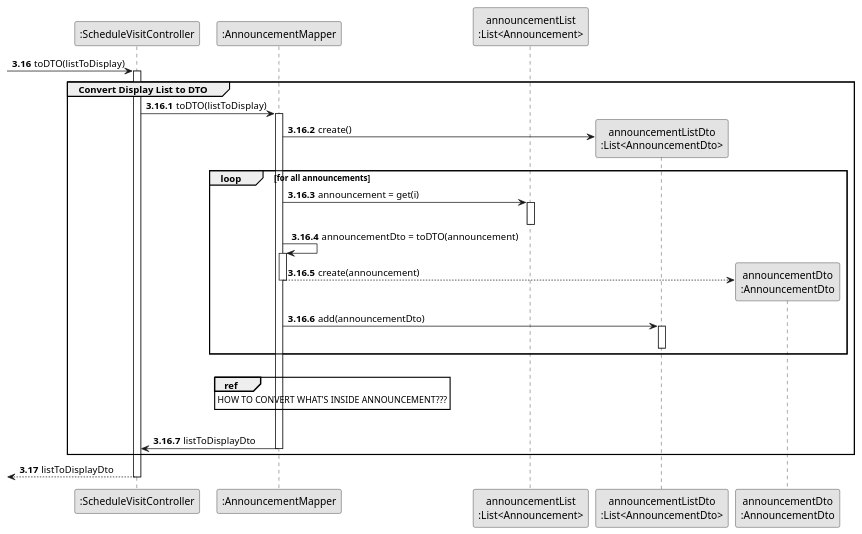
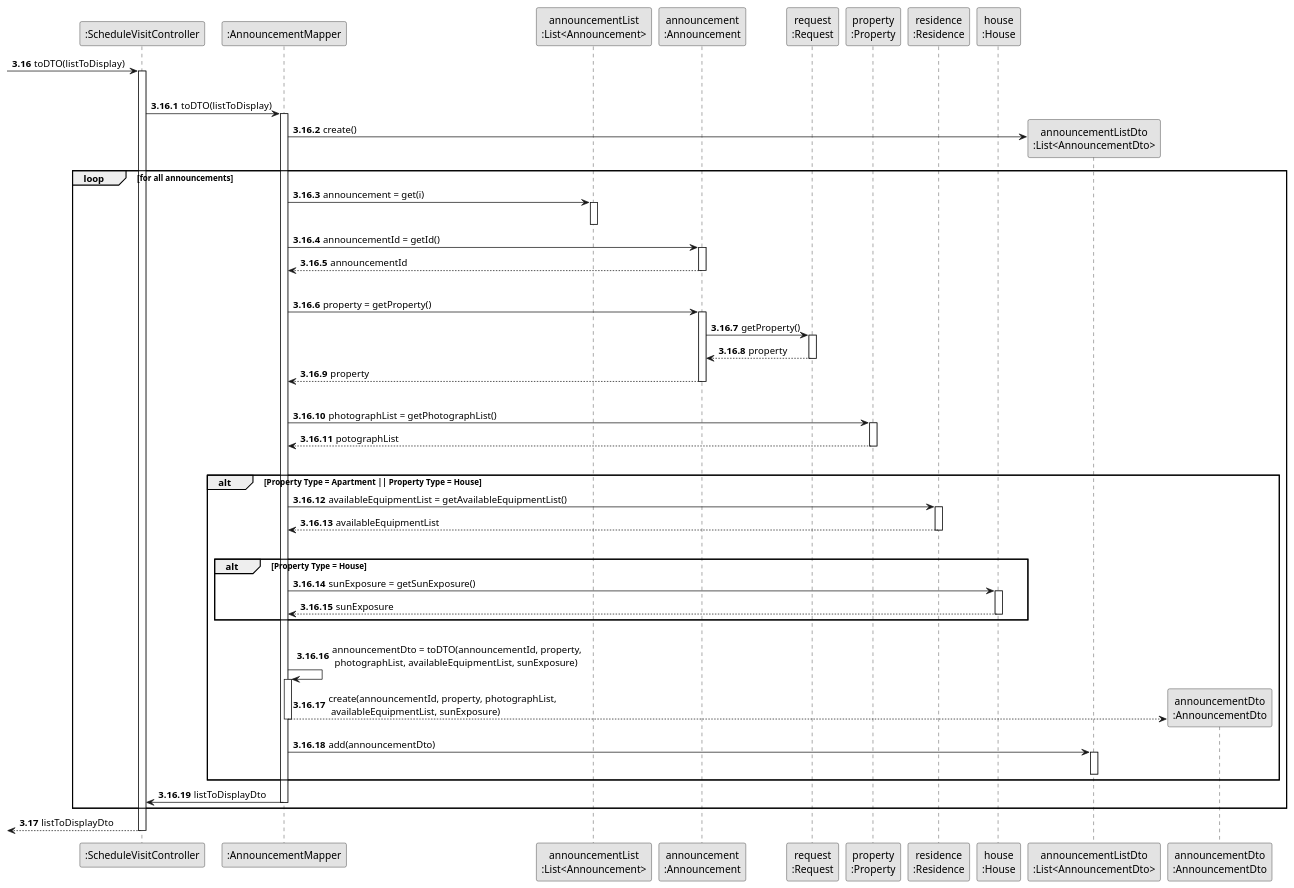
One commit to rita-barbosa/LAPR2-2223 changed the diagram in docs/sprintC/us009/03.design/puml/us009-sequence-diagram-partial-convert-display-list-to-DTO.puml. Above: the diagram before and after it, drawn with PlantUML. The commit also changed 1 other file, not shown here.

Commit message:
DTO related partial SD's update [US009] [Design]

```diff
--- a/docs/sprintC/us009/03.design/puml/us009-sequence-diagram-partial-convert-display-list-to-DTO.puml
+++ b/docs/sprintC/us009/03.design/puml/us009-sequence-diagram-partial-convert-display-list-to-DTO.puml
@@ -1,62 +1,105 @@
 @startuml
 skinparam monochrome true
 skinparam packageStyle rectangle
 skinparam shadowing false
 
 
 participant ":ScheduleVisitController" as CTRL
 participant ":AnnouncementMapper" as MAPPER
 participant "announcementList\n:List<Announcement>" as ANCLIST
+participant "announcement\n:Announcement" as ANNOUNCE
+participant "request\n:Request" as REQUEST
+participant "property\n:Property" as PROPERTY
+'participant "location\n:Location" as LOCATION
+participant "residence\n:Residence" as RESIDENCE
+participant "house\n:House" as HOUSE
 participant "announcementListDto\n:List<AnnouncementDto>" as LISTDTO
 participant "announcementDto\n:AnnouncementDto" as ANCDTO
 
 
 autonumber 3.16
 
  -> CTRL : toDTO(listToDisplay)
 
 activate CTRL
 
     autonumber 3.16.1
 
     group Convert Display List to DTO
 
         CTRL -> MAPPER : toDTO(listToDisplay)
         activate MAPPER
 
         MAPPER -> LISTDTO** : create()
 
         loop for all announcements
 
         MAPPER -> ANCLIST : announcement = get(i)
         activate ANCLIST
         deactivate ANCLIST
 
-        MAPPER -> MAPPER : announcementDto = toDTO(announcement)
+        MAPPER -> ANNOUNCE : announcementId = getId()
+        activate ANNOUNCE
+
+        ANNOUNCE --> MAPPER : announcementId
+        deactivate ANNOUNCE
+|||
+        MAPPER -> ANNOUNCE : property = getProperty()
+        activate ANNOUNCE
+
+            ANNOUNCE -> REQUEST : getProperty()
+            activate REQUEST
+
+                REQUEST --> ANNOUNCE : property
+            deactivate REQUEST
+
+            ANNOUNCE --> MAPPER : property
+        deactivate ANNOUNCE
+|||
+        MAPPER -> PROPERTY : photographList = getPhotographList()
+        activate PROPERTY
+
+            PROPERTY --> MAPPER : potographList
+        deactivate PROPERTY
+
+|||
+        alt Property Type = Apartment || Property Type = House
+
+        MAPPER -> RESIDENCE : availableEquipmentList = getAvailableEquipmentList()
+        activate RESIDENCE
+
+            RESIDENCE --> MAPPER : availableEquipmentList
+        deactivate RESIDENCE
+|||
+        alt Property Type = House
+
+        MAPPER -> HOUSE : sunExposure = getSunExposure()
+        activate HOUSE
+
+            HOUSE --> MAPPER : sunExposure
+        deactivate HOUSE
+
+        end alt
+|||
+        MAPPER -> MAPPER : announcementDto = toDTO(announcementId, property,\n photographList, availableEquipmentList, sunExposure)
         activate MAPPER
 
-            MAPPER --> ANCDTO**: create(announcement)
+            MAPPER --> ANCDTO**: create(announcementId, property, photographList,\n availableEquipmentList, sunExposure)
         deactivate MAPPER
 
         MAPPER -> LISTDTO : add(announcementDto)
         activate LISTDTO
         deactivate LISTDTO
 
         end loop
-|||
-        ref over MAPPER
-            HOW TO CONVERT WHAT'S INSIDE ANNOUNCEMENT???
-        end ref
-|||
+
         MAPPER -> CTRL : listToDisplayDto
-
         deactivate MAPPER
 
     end group
 
     autonumber 3.17
     <-- CTRL  : listToDisplayDto
 deactivate CTRL
 
-
 @enduml
```
